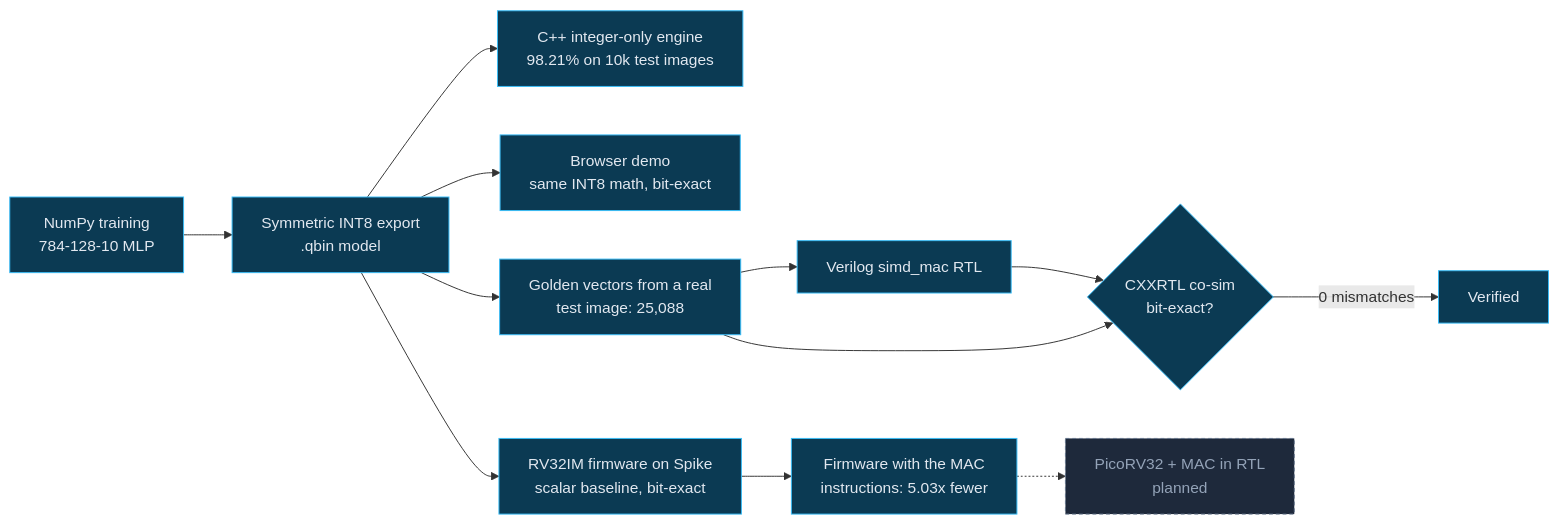
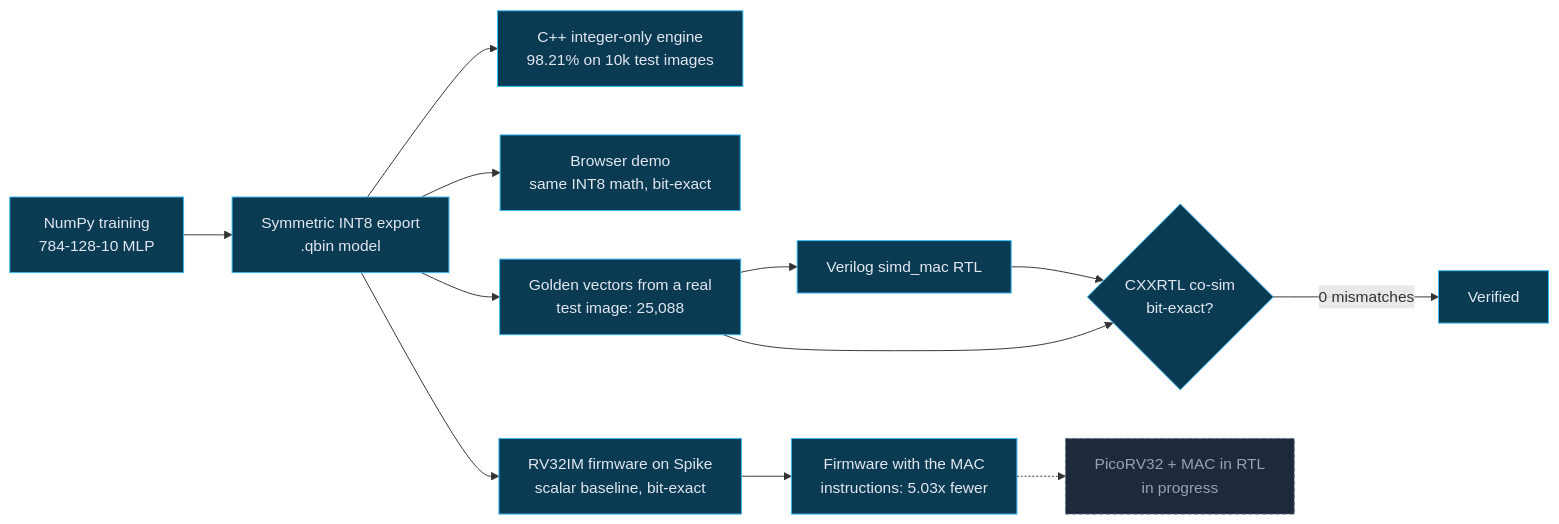
Before and after one commit to sajedulislam5840/riscv-edge-ai: the first of 5 diagrams in README.md, drawn with Mermaid. The commit also changed other lines of this file, not shown here.

Commit message:
README: remove duplicate PicoRV32 row, mark integration as in progress

````diff
--- a/README.md
+++ b/README.md
@@ -48,19 +47,19 @@
 ```mermaid
 flowchart LR
     A["NumPy training<br/>784-128-10 MLP"] --> B["Symmetric INT8 export<br/>.qbin model"]
     B --> C["C++ integer-only engine<br/>98.21% on 10k test images"]
     B --> F["Browser demo<br/>same INT8 math, bit-exact"]
     B --> D["Golden vectors from a real<br/>test image: 25,088"]
     D --> E["Verilog simd_mac RTL"]
     E --> G{"CXXRTL co-sim<br/>bit-exact?"}
     D --> G
     G -->|"0 mismatches"| H["Verified"]
     B --> I["RV32IM firmware on Spike<br/>scalar baseline, bit-exact"]
     I --> J2["Firmware with the MAC<br/>instructions: 5.03x fewer"]
-    J2 -.-> J["PicoRV32 + MAC in RTL<br/>planned"]
+    J2 -.-> J["PicoRV32 + MAC in RTL<br/>in progress"]
 
     classDef done fill:#0b3a53,stroke:#38bdf8,color:#e2e8f0
     classDef todo fill:#1e293b,stroke:#64748b,color:#94a3b8,stroke-dasharray:4 3
     class A,B,C,D,E,F,G,H,I,J2 done
     class J todo
 ```
````
